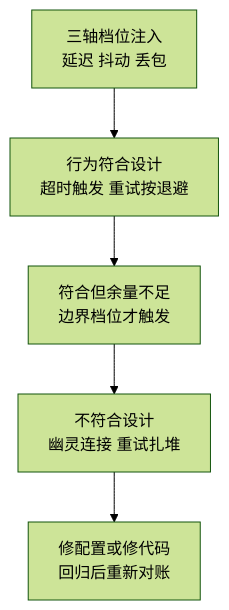
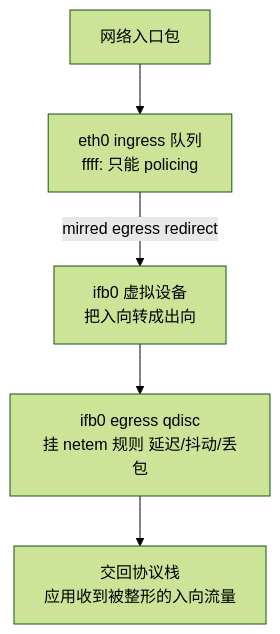
Before and after one commit to hub138/technical-knowledge: the third of 4 diagrams in vault/工程知识/性能工程：从用户等待到资源瓶颈/存储与网络/弱网测试要把网络当变量：延迟、抖动、丢包三轴注入到超时边界.md, drawn with Mermaid (forest theme). The commit also changed other lines of this file and 622 other files, not shown here.

````diff
--- a/vault/工程知识/性能工程：从用户等待到资源瓶颈/存储与网络/弱网测试要把网络当变量：延迟、抖动、丢包三轴注入到超时边界.md
+++ b/vault/工程知识/性能工程：从用户等待到资源瓶颈/存储与网络/弱网测试要把网络当变量：延迟、抖动、丢包三轴注入到超时边界.md
@@ -85,7 +85,7 @@
 ```mermaid
-flowchart TB
-    a["三轴档位注入<br/>延迟 抖动 丢包"] --> b1["行为符合设计<br/>超时触发 重试按退避"]
-    b1 --> b2["符合但余量不足<br/>边界档位才触发"]
-    b2 --> b3["不符合设计<br/>幽灵连接 重试扎堆"]
-    b3 --> d["修配置或修代码<br/>回归后重新对账"]
+flowchart TD
+    IN["网络入口包"] --> EG["eth0 ingress 队列<br/>ffff: 只能 policing"]
+    EG -->|"mirred egress redirect"| IFB["ifb0 虚拟设备<br/>把入向转成出向"]
+    IFB --> NM["ifb0 egress qdisc<br/>挂 netem 规则 延迟/抖动/丢包"]
+    NM --> STACK["交回协议栈<br/>应用收到被整形的入向流量"]
 ```
````
